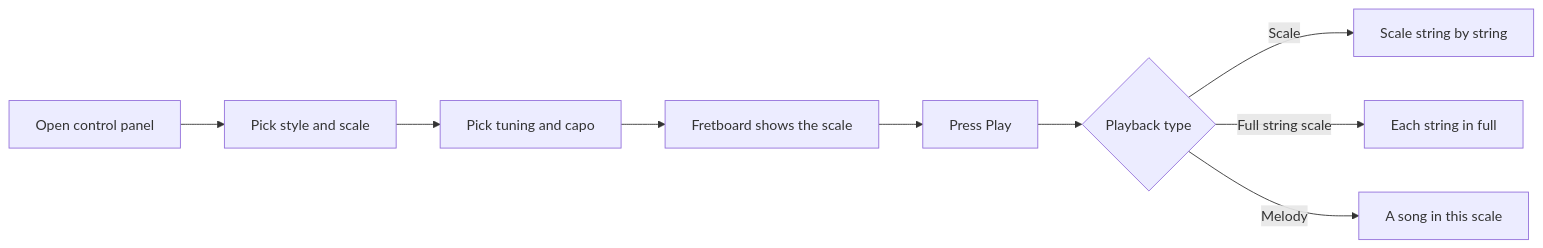
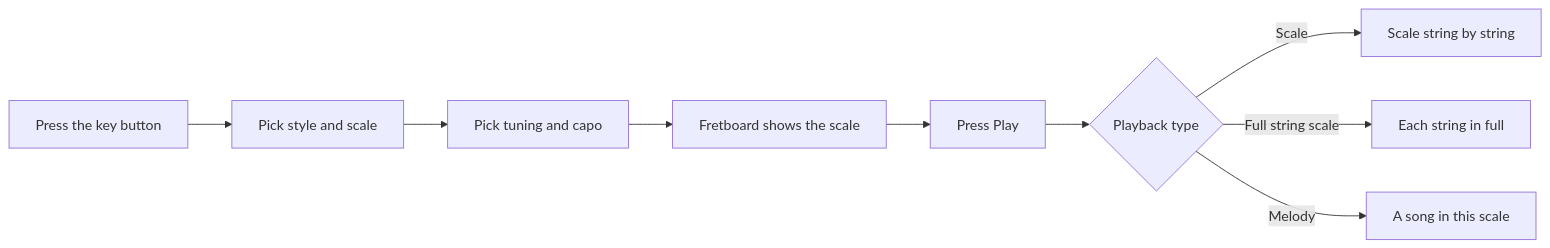
The second of 9 diagrams in docs/user-flows.md (oleg-chibikov/guitar-upscale), drawn with Mermaid before and after one commit. The commit also changed other lines of this file and 9 other files, not shown here.

Commit message:
Control panel: key button instead of the scale, tuning and capo lists

````diff
--- a/docs/user-flows.md
+++ b/docs/user-flows.md
@@ -30,11 +30,11 @@
 ```mermaid
 flowchart LR
-  A[Open control panel] --> B[Pick style and scale]
+  A[Press the key button] --> B[Pick style and scale]
   B --> C[Pick tuning and capo]
   C --> D[Fretboard shows the scale]
   D --> E[Press Play]
   E --> F{Playback type}
   F -- Scale --> G[Scale string by string]
   F -- Full string scale --> H[Each string in full]
   F -- Melody --> I[A song in this scale]
 ```
````
